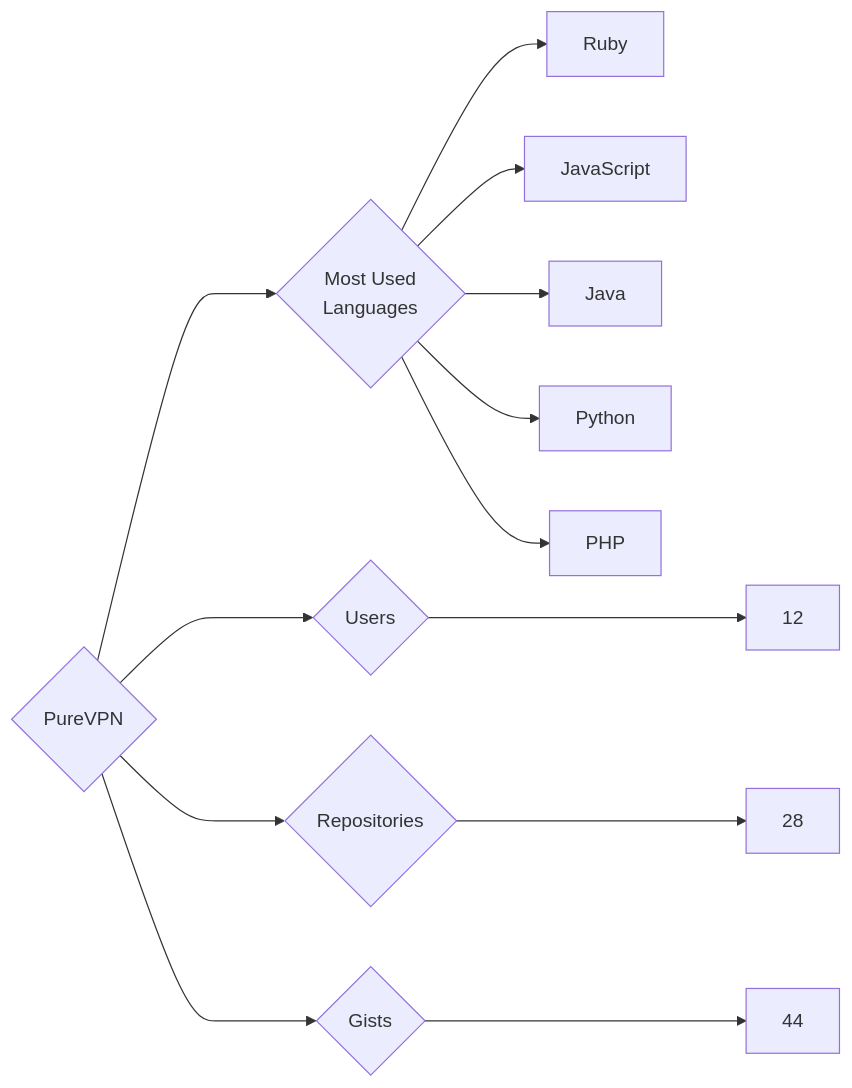
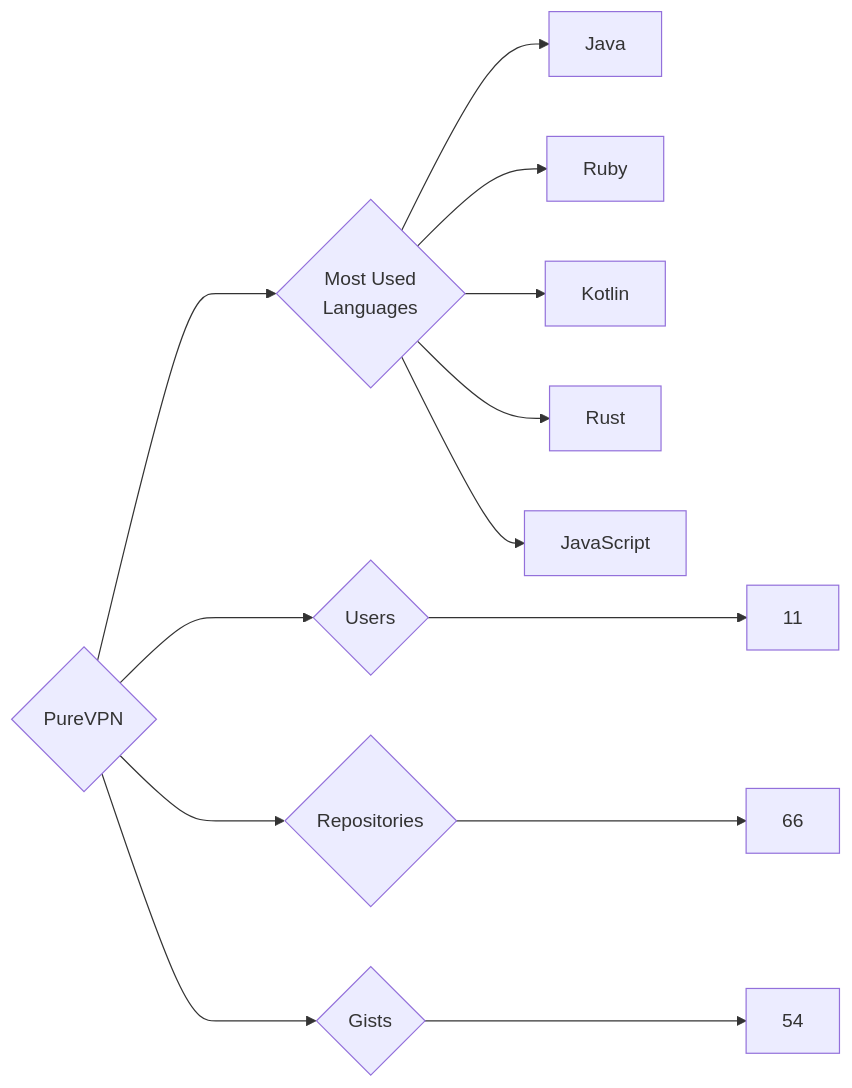
Before and after one commit to trickest/insiders: the diagram in targets/PureVPN/README.md, drawn with Mermaid. The commit also changed 1389 other files, not shown here.

````diff
--- a/targets/PureVPN/README.md
+++ b/targets/PureVPN/README.md
@@ -3,13 +3,13 @@
 ```mermaid
 graph LR
 COMPANY_NAME{PureVPN}
-COMPANY_NAME ---> U{Users} ---> UN[12]
-COMPANY_NAME ---> R{Repositories} ---> RN[28]
-COMPANY_NAME ---> G{Gists} ---> GN[44]
+COMPANY_NAME ---> U{Users} ---> UN[11]
+COMPANY_NAME ---> R{Repositories} ---> RN[66]
+COMPANY_NAME ---> G{Gists} ---> GN[54]
 COMPANY_NAME ---> ML{Most Used<br>Languages}
+ML --> Java[Java]
 ML --> Ruby[Ruby]
+ML --> Kotlin[Kotlin]
+ML --> Rust[Rust]
 ML --> JavaScript[JavaScript]
-ML --> Java[Java]
-ML --> Python[Python]
-ML --> PHP[PHP]
 ```
````
